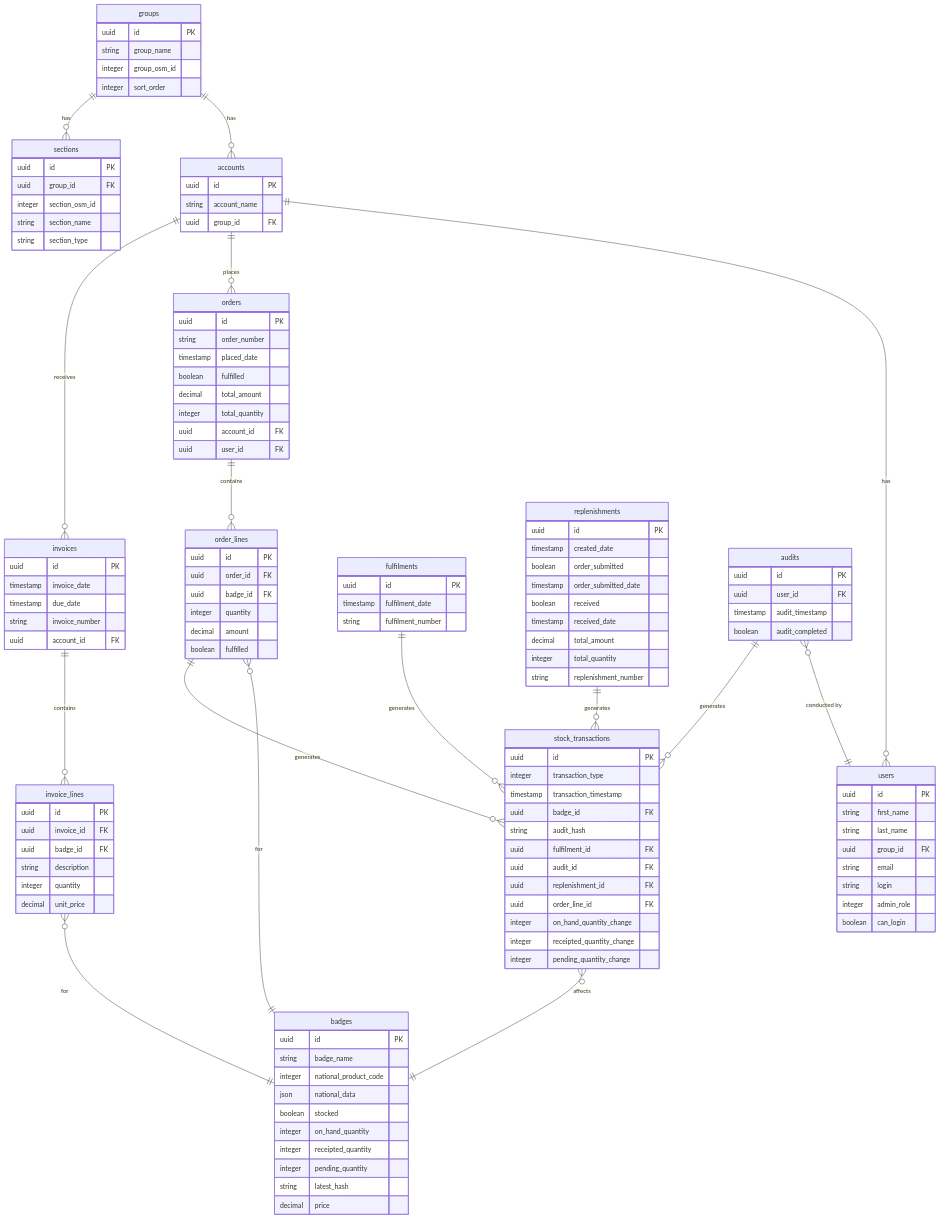
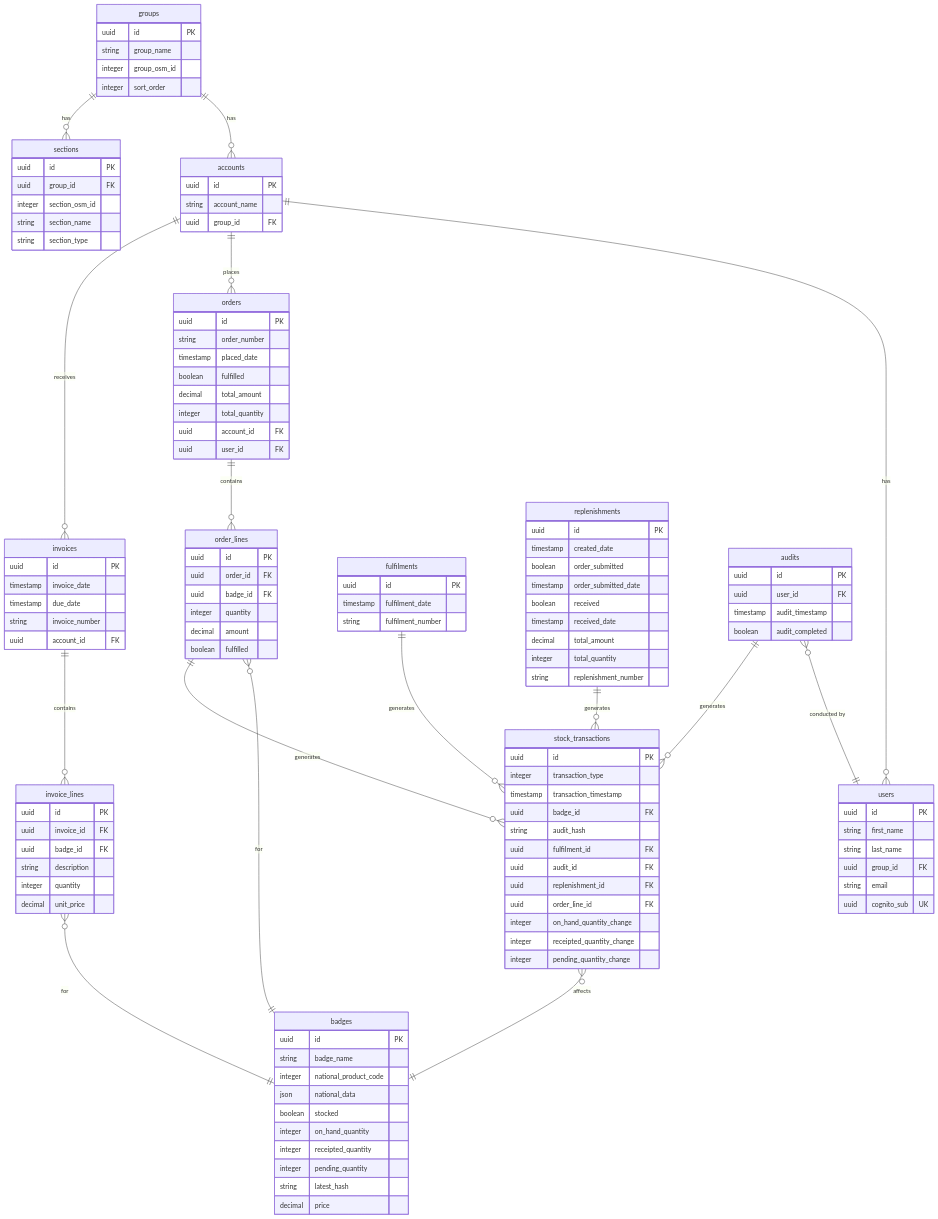
The diagram in docs/backend-development.md (LBDistrictScouts/DistrictBadges), drawn with Mermaid before and after one commit. The commit also changed other lines of this file and 91 other files, not shown here.

```diff
--- a/docs/backend-development.md
+++ b/docs/backend-development.md
@@ -147,9 +147,7 @@
         string last_name
         uuid group_id FK
         string email
-        string login
-        integer admin_role
-        boolean can_login
+        uuid cognito_sub UK
     }
     orders {
         uuid id PK
```
